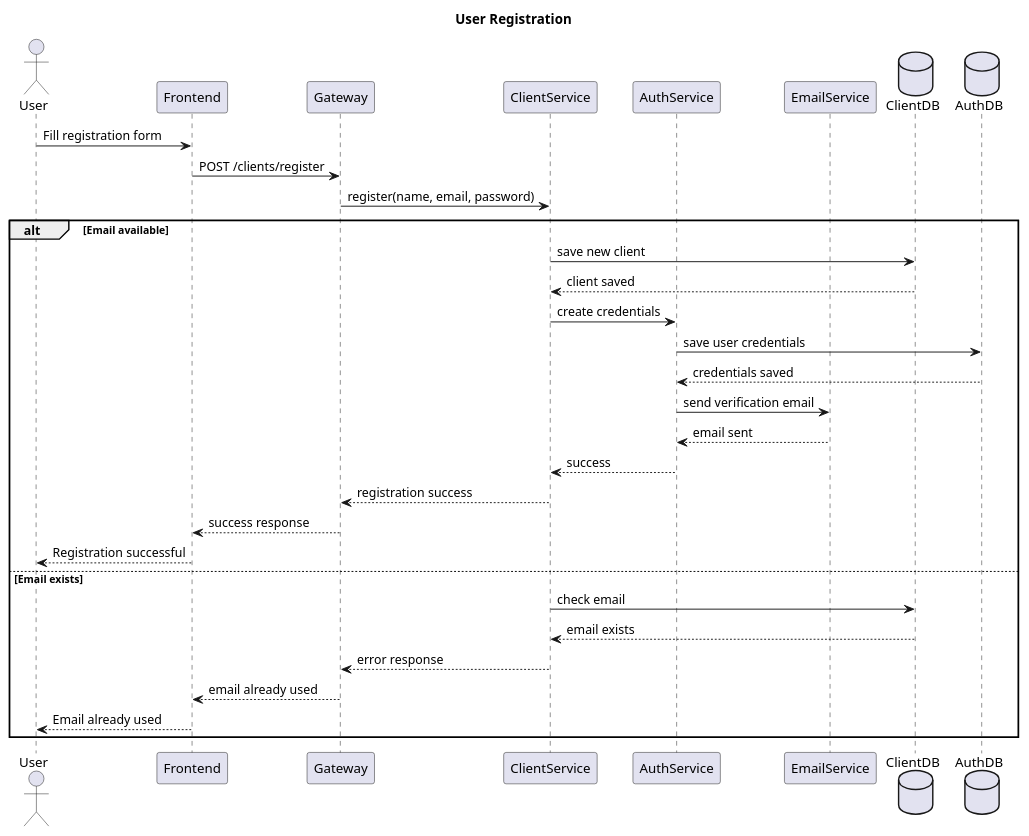
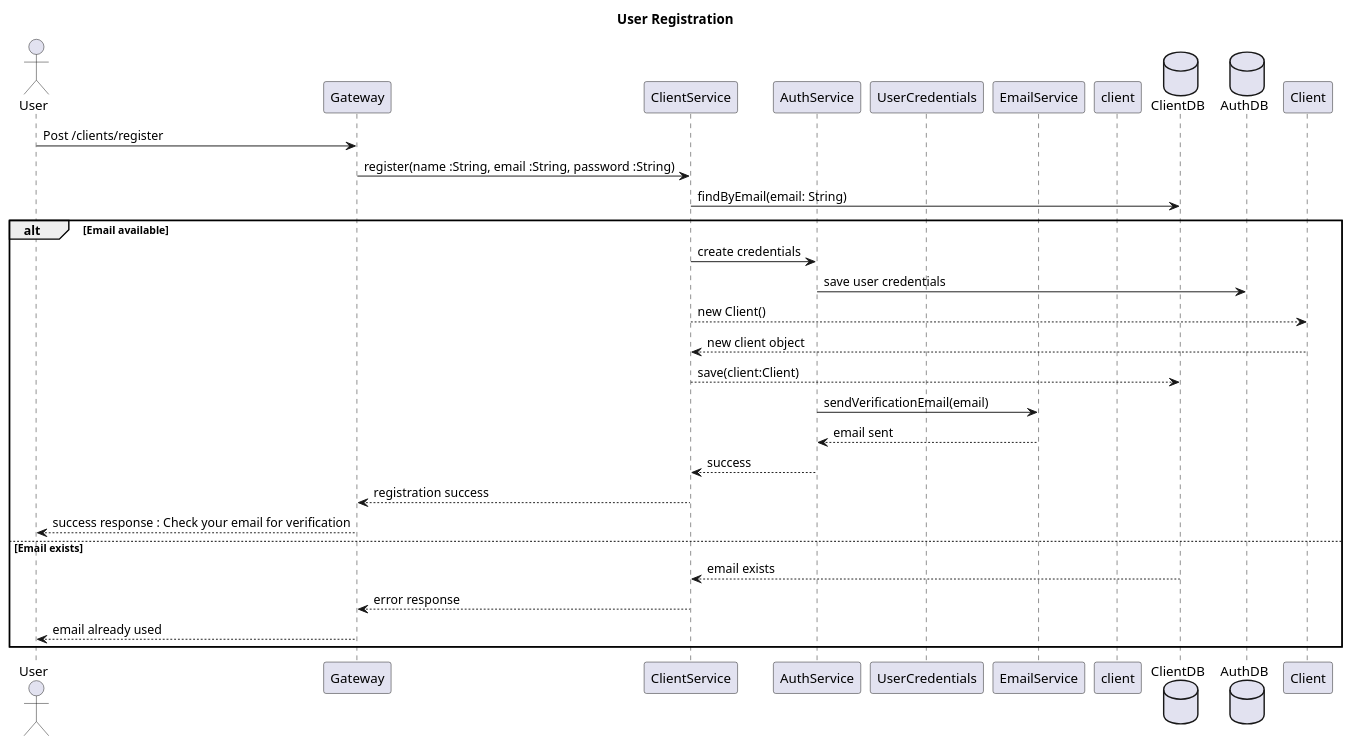
Before and after one commit to primika27/BrokerX-phase2-micorservices-: the diagram in docs/views/cu01_register_simple.puml, drawn with PlantUML. The commit also changed other lines of this file and 47 other files, not shown here.

Commit message:
functional order matching+ diagrams added

```diff
--- a/docs/views/cu01_register_simple.puml
+++ b/docs/views/cu01_register_simple.puml
@@ -1,37 +1,35 @@
 @startuml cu01_register
 title User Registration
 
 actor User
-participant Frontend
 participant Gateway
 participant ClientService
-participant AuthService  
+participant AuthService 
+participant UserCredentials 
 participant EmailService
+participant client
 database ClientDB
 database AuthDB
 
-User -> Frontend: Fill registration form
-Frontend -> Gateway: POST /clients/register
-Gateway -> ClientService: register(name, email, password)
+User -> Gateway: Post /clients/register
+Gateway -> ClientService: register(name :String, email :String, password :String)
+ClientService -> ClientDB: findByEmail(email: String)
 
 alt Email available
-    ClientService -> ClientDB: save new client
-    ClientDB --> ClientService: client saved
-    ClientService -> AuthService: create credentials  
-    AuthService -> AuthDB: save user credentials
-    AuthDB --> AuthService: credentials saved
-    AuthService -> EmailService: send verification email
+    ClientService ->    AuthService: create credentials  
+    AuthService -> AuthDB: save user credentials 
+    ClientService --> Client: new Client()
+    Client-->ClientService: new client object
+    ClientService--> ClientDB: save(client:Client)
+    AuthService -> EmailService: sendVerificationEmail(email)
     EmailService --> AuthService: email sent
     AuthService --> ClientService: success
     ClientService --> Gateway: registration success
-    Gateway --> Frontend: success response
-    Frontend --> User: Registration successful
+    Gateway --> User: success response : Check your email for verification
 else Email exists
-    ClientService -> ClientDB: check email
     ClientDB --> ClientService: email exists
     ClientService --> Gateway: error response
-    Gateway --> Frontend: email already used
-    Frontend --> User: Email already used
+    Gateway --> User: email already used
 end
 
 @enduml
```
